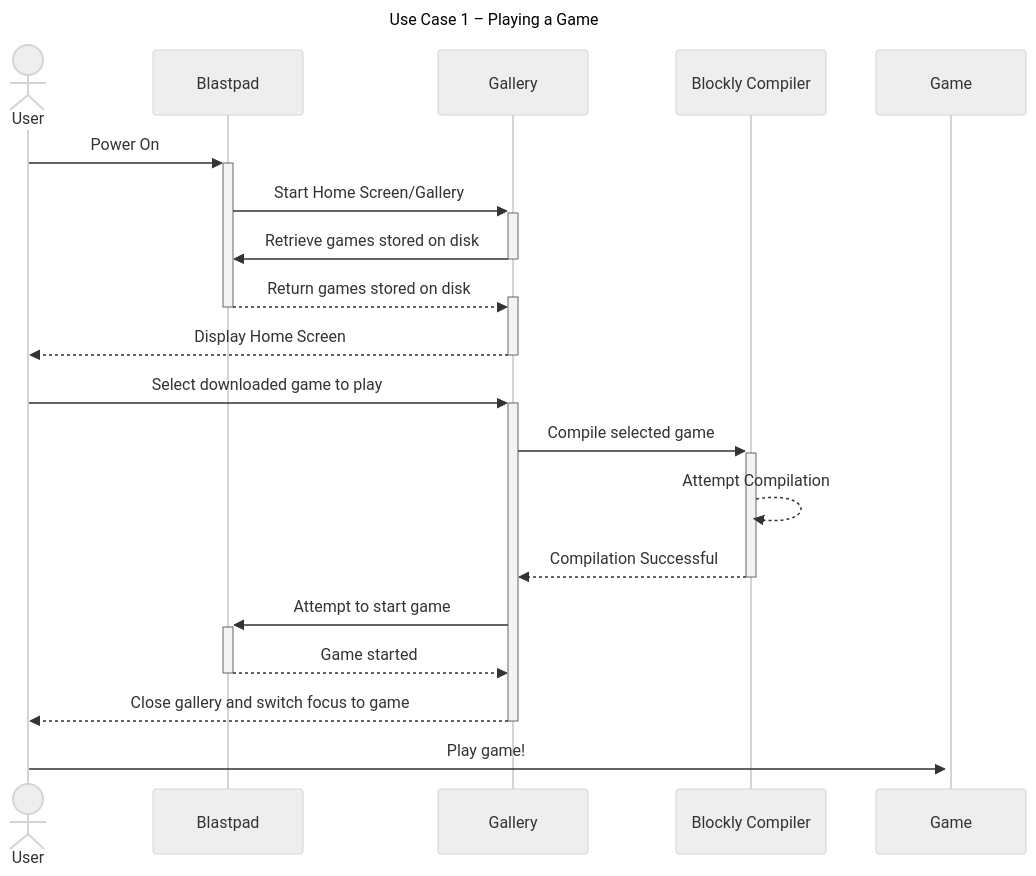
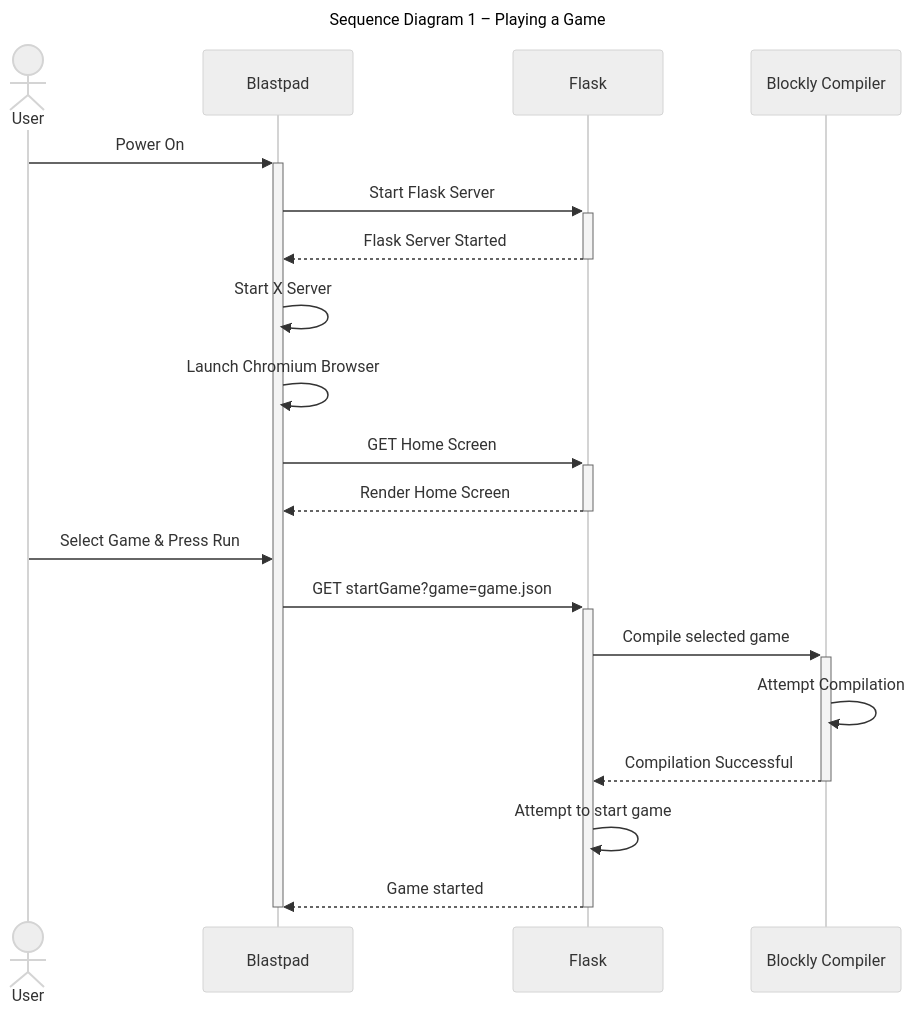
Before and after one commit to Capstone-Projects-2024-Spring/project-blastpad: the first of 11 diagrams in documentation/docs/requirements/use-case-descriptions.md, drawn with Mermaid (neutral theme). The commit also changed other lines of this file and 3 other files, not shown here.

Commit message:
Use Case Seq Diagrams

````diff
--- a/documentation/docs/requirements/use-case-descriptions.md
+++ b/documentation/docs/requirements/use-case-descriptions.md
@@ -16,23 +15,28 @@
 ```mermaid
 ---
-title: Use Case 1 – Playing a Game
+title: Sequence Diagram 1 – Playing a Game
 ---
 
 sequenceDiagram
 actor User
 User->>+Blastpad: Power On
-Blastpad->>+Gallery: Start Home Screen/Gallery
-Gallery->>-Blastpad: Retrieve games stored on disk
-Blastpad-->>+Gallery: Return games stored on disk
-deactivate Blastpad	
-Gallery-->>-User: Display Home Screen
+Blastpad->>+Flask: Start Flask Server
+Flask-->>-Blastpad: Flask Server Started
 
-User->>+Gallery: Select downloaded game to play
-Gallery->>+Blockly Compiler: Compile selected game
-Blockly Compiler-->>Blockly Compiler: Attempt Compilation
-Blockly Compiler-->>-Gallery: Compilation Successful
-Gallery->>+Blastpad: Attempt to start game
-Blastpad-->>-Gallery: Game started
-Gallery-->>-User: Close gallery and switch focus to game
-User->>+Game: Play game!
+Blastpad->>Blastpad: Start X Server
+Blastpad->>Blastpad: Launch Chromium Browser
+
+Blastpad->>+Flask: GET Home Screen
+Flask-->>-Blastpad: Render Home Screen
+User->>Blastpad: Select Game & Press Run
+
+Blastpad->>+Flask: GET startGame?game=game.json
+Flask->>+Blockly Compiler: Compile selected game
+Blockly Compiler->>Blockly Compiler: Attempt Compilation
+Blockly Compiler-->>-Flask: Compilation Successful
+Flask->>Flask: Attempt to start game
+Flask-->>-Blastpad: Game started
+
+
+deactivate Blastpad
 ```
````
